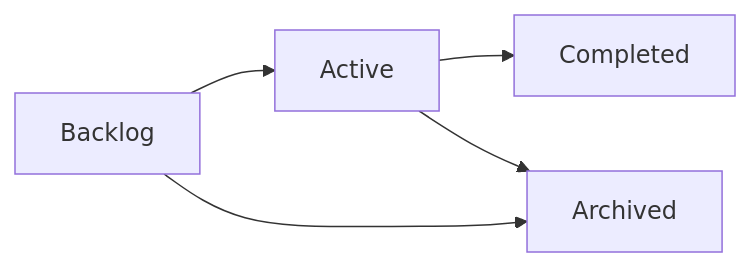
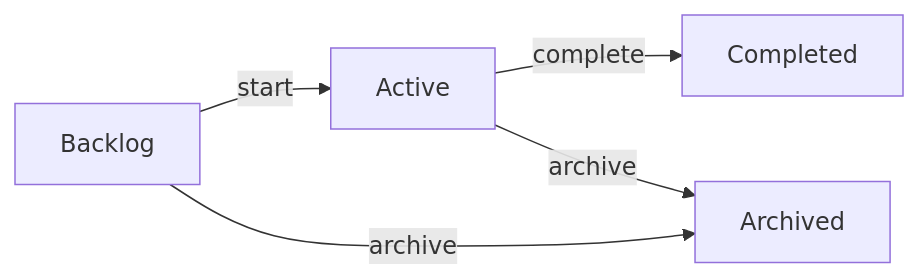
One commit to kirinmurphy/roborepo changed the fourth of 6 diagrams in README.md. Above: the diagram before and after it, drawn with Mermaid. The commit also changed other lines of this file and 35 other files, not shown here.

````diff
--- a/README.md
+++ b/README.md
@@ -178,6 +168,6 @@
 ```mermaid
 flowchart LR
-  Backlog --> Active --> Completed
-  Active --> Archived
-  Backlog --> Archived
+  Backlog -->|start| Active -->|complete| Completed
+  Active -->|archive| Archived
+  Backlog -->|archive| Archived
 ```
````
